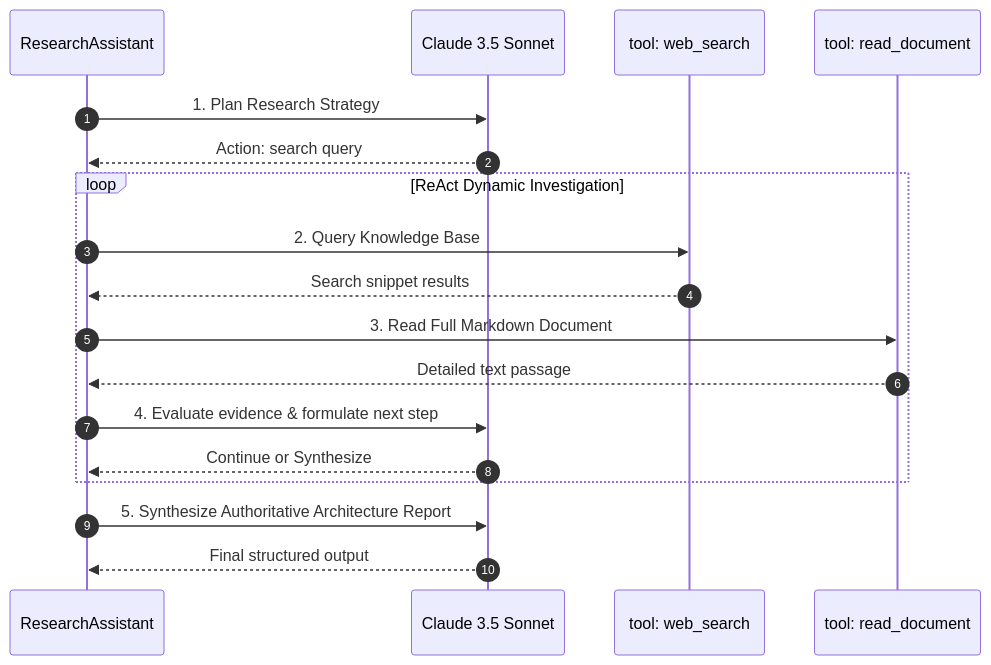
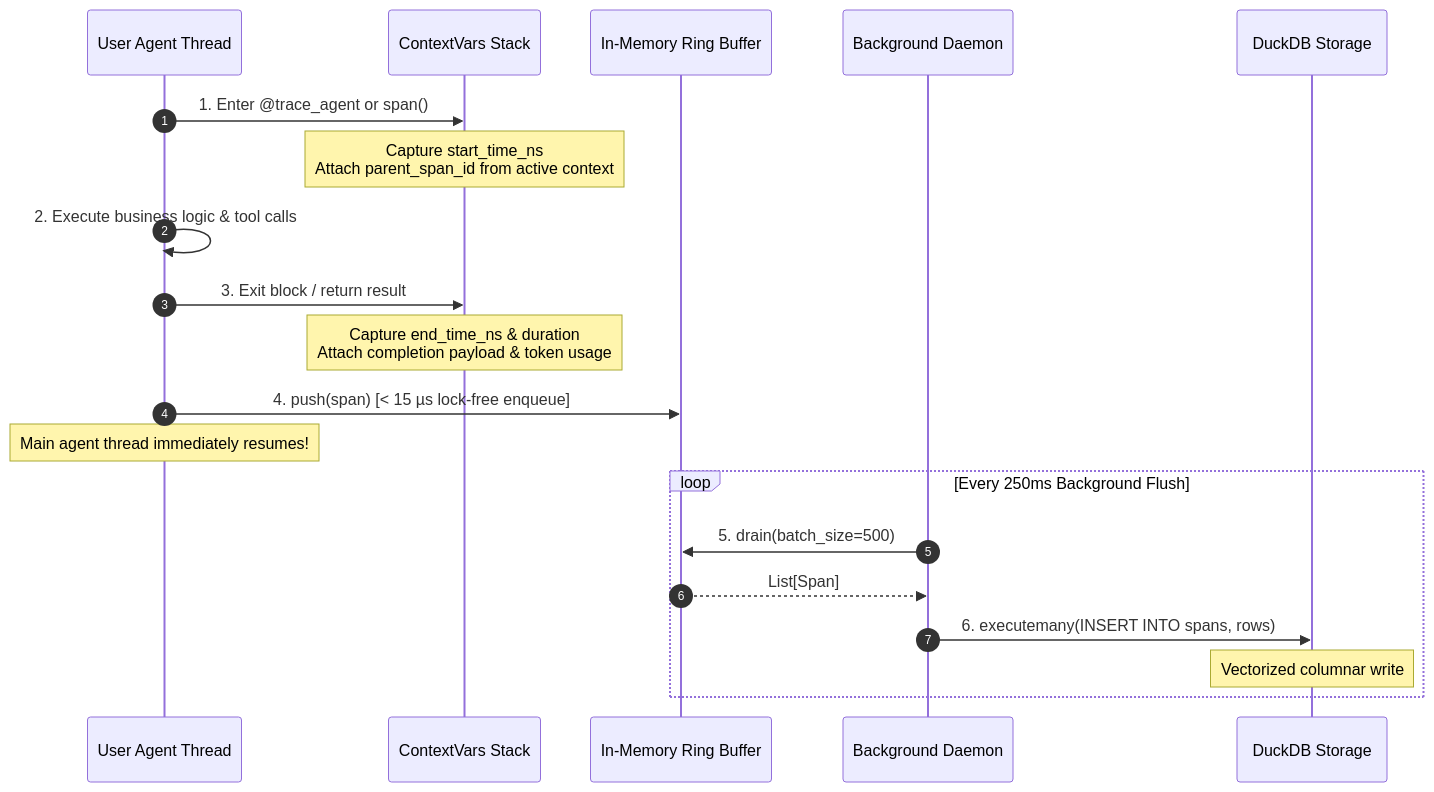
One commit to chetan15994-alt/nanotrace changed the third of 6 diagrams in docs/USER_MANUAL.md. Above: the diagram before and after it, drawn with Mermaid. The commit also changed other lines of this file and 2 other files, not shown here.

Commit message:
docs: author comprehensive AGENTS_AND_SYSTEMS guide, redesign USER_MANUAL into visual infographic, and refine README into professional enterprise standard

````diff
--- a/docs/USER_MANUAL.md
+++ b/docs/USER_MANUAL.md
@@ -185,21 +86,24 @@
 ```mermaid
 sequenceDiagram
     autonumber
-    participant Agent as ResearchAssistant
-    participant Claude as Claude 3.5 Sonnet
-    participant Search as tool: web_search
-    participant Doc as tool: read_document
+    participant App as User Agent Thread
+    participant Ctx as ContextVars Stack
+    participant Buffer as In-Memory Ring Buffer
+    participant Worker as Background Daemon
+    participant DuckDB as DuckDB Storage
 
-    Agent->>Claude: 1. Plan Research Strategy
-    Claude-->>Agent: Action: search query
-    loop ReAct Dynamic Investigation
-        Agent->>Search: 2. Query Knowledge Base
-        Search-->>Agent: Search snippet results
-        Agent->>Doc: 3. Read Full Markdown Document
-        Doc-->>Agent: Detailed text passage
-        Agent->>Claude: 4. Evaluate evidence & formulate next step
-        Claude-->>Agent: Continue or Synthesize
+    App->>Ctx: 1. Enter @trace_agent or span()
+    Note over Ctx: Capture start_time_ns<br/>Attach parent_span_id from active context
+    App->>App: 2. Execute business logic & tool calls
+    App->>Ctx: 3. Exit block / return result
+    Note over Ctx: Capture end_time_ns & duration<br/>Attach completion payload & token usage
+    App->>Buffer: 4. push(span) [< 15 µs lock-free enqueue]
+    Note over App: Main agent thread immediately resumes!
+    
+    loop Every 250ms Background Flush
+        Worker->>Buffer: 5. drain(batch_size=500)
+        Buffer-->>Worker: List[Span]
+        Worker->>DuckDB: 6. executemany(INSERT INTO spans, rows)
+        Note over DuckDB: Vectorized columnar write
     end
-    Agent->>Claude: 5. Synthesize Authoritative Architecture Report
-    Claude-->>Agent: Final structured output
 ```
````
